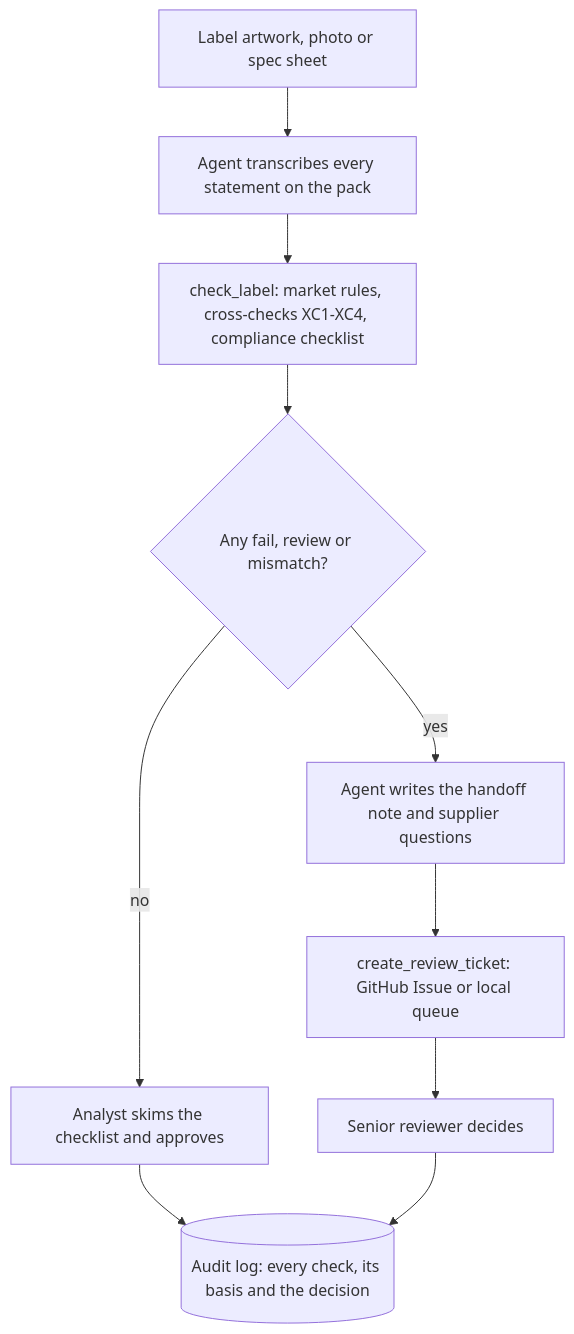
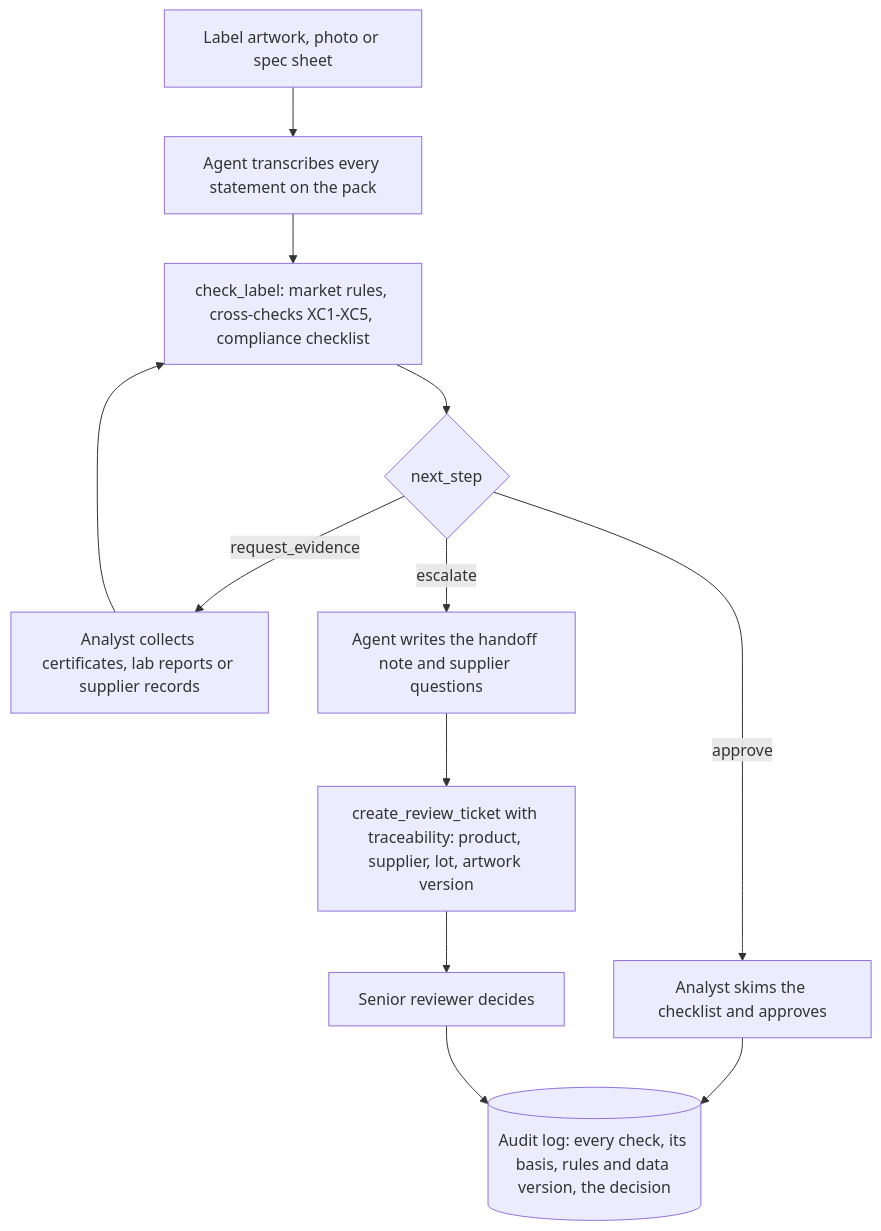
Before and after one commit to t0masleones/ingredient-lens: the diagram in docs/05-analyst-workflow.md, drawn with Mermaid. The commit also changed other lines of this file and 47 other files, not shown here.

````diff
--- a/docs/05-analyst-workflow.md
+++ b/docs/05-analyst-workflow.md
@@ -7,12 +7,14 @@
 ```mermaid
 flowchart TD
   A[Label artwork, photo or spec sheet] --> B[Agent transcribes every statement on the pack]
-  B --> C[check_label: market rules, cross-checks XC1-XC4, compliance checklist]
-  C --> D{Any fail, review or mismatch?}
-  D -- no --> E[Analyst skims the checklist and approves]
-  D -- yes --> F[Agent writes the handoff note and supplier questions]
-  F --> G[create_review_ticket: GitHub Issue or local queue]
+  B --> C[check_label: market rules, cross-checks XC1-XC5, compliance checklist]
+  C --> D{next_step}
+  D -- approve --> E[Analyst skims the checklist and approves]
+  D -- request_evidence --> R[Analyst collects certificates, lab reports or supplier records]
+  R --> C
+  D -- escalate --> F[Agent writes the handoff note and supplier questions]
+  F --> G[create_review_ticket with traceability: product, supplier, lot, artwork version]
   G --> H[Senior reviewer decides]
-  E --> I[(Audit log: every check, its basis and the decision)]
+  E --> I[(Audit log: every check, its basis, rules and data version, the decision)]
   H --> I
 ```
````
